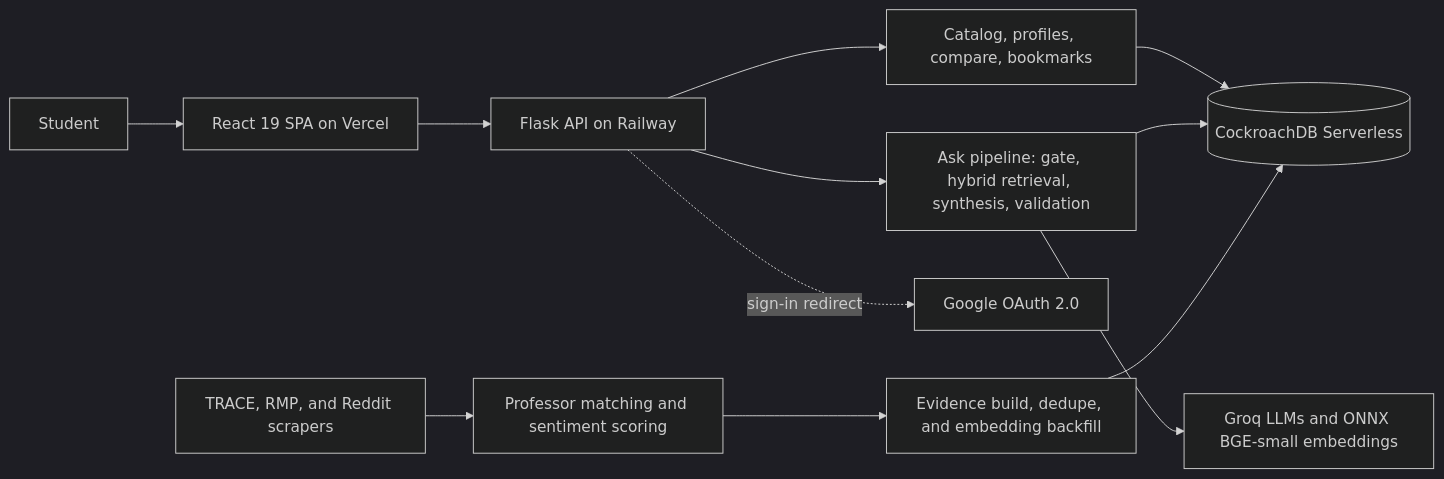
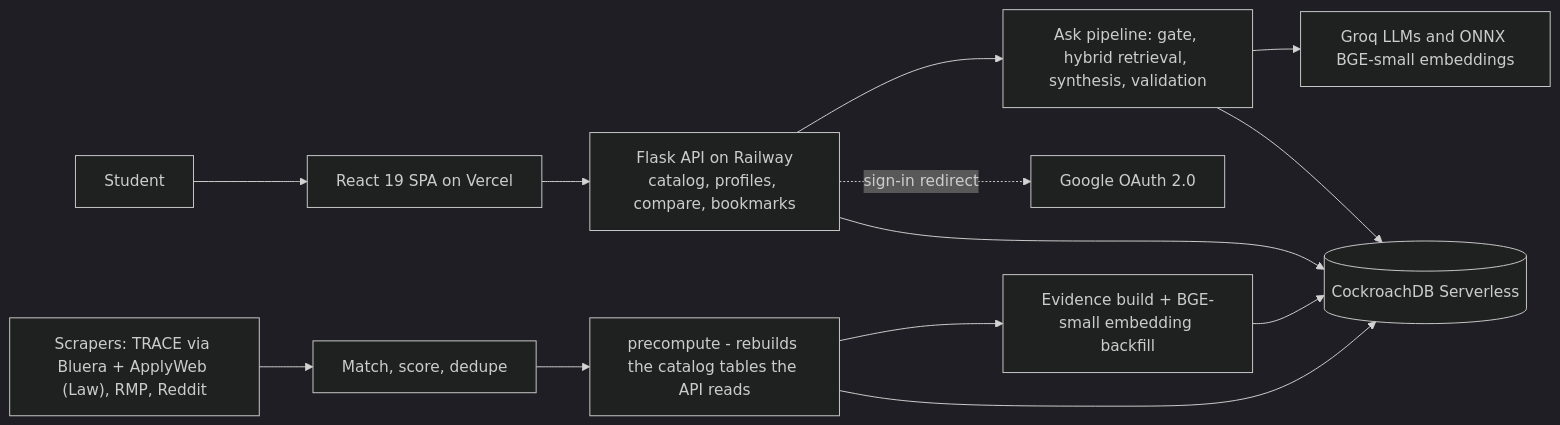
The diagram in README.md (gRain-is-grainy/RateMyHusky), drawn with Mermaid (dark theme) before and after one commit.

Commit message:
update readme diagram

````diff
--- a/README.md
+++ b/README.md
@@ -65,15 +65,16 @@
 ```mermaid
 flowchart LR
     U["Student"] --> SPA["React 19 SPA on Vercel"]
-    SPA --> API["Flask API on Railway"]
-    API --> CAT["Catalog, profiles, compare, bookmarks"]
+    SPA --> API["Flask API on Railway<br/>catalog, profiles, compare, bookmarks"]
     API --> ASK["Ask pipeline: gate, hybrid retrieval, synthesis, validation"]
     API -. "sign-in redirect" .-> OAUTH["Google OAuth 2.0"]
     ASK --> AI["Groq LLMs and ONNX BGE-small embeddings"]
-    CAT --> DB[("CockroachDB Serverless")]
+    API --> DB[("CockroachDB Serverless")]
     ASK --> DB
 
-    SCRAPE["TRACE, RMP, and Reddit scrapers"] --> MATCH["Professor matching and sentiment scoring"]
-    MATCH --> EVID["Evidence build, dedupe, and embedding backfill"]
-    EVID --> DB
+    SCRAPE["Scrapers: TRACE via Bluera + ApplyWeb (Law), RMP, Reddit"] --> INGEST["Match, score, dedupe"]
+    INGEST --> PRECOMP["precompute - rebuilds the catalog tables the API reads"]
+    PRECOMP --> EMBED["Evidence build + BGE-small embedding backfill"]
+    PRECOMP --> DB
+    EMBED --> DB
 ```
````
